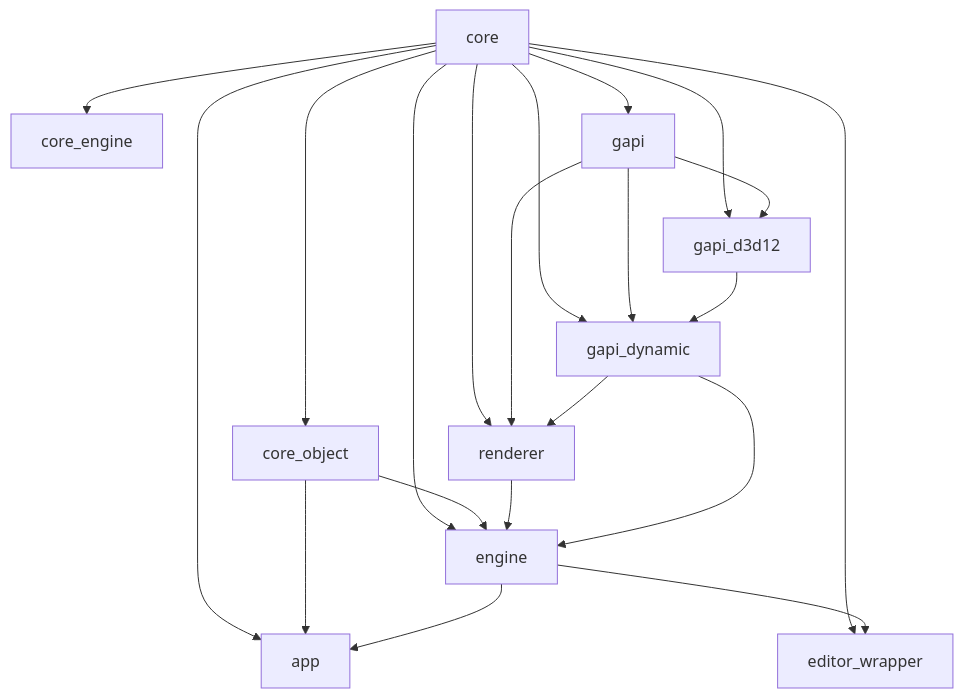
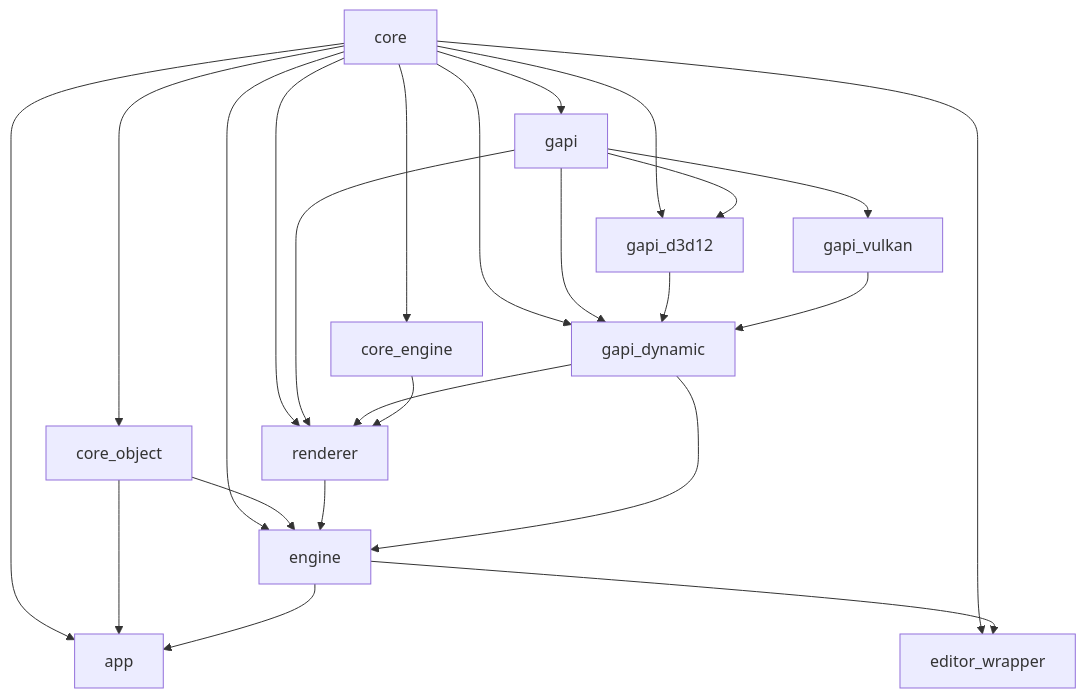
One commit to hellokenlee/NeneEngine2 changed the diagram in README.md. Above: the diagram before and after it, drawn with Mermaid. The commit also changed 9 other files, not shown here.

````diff
--- a/README.md
+++ b/README.md
@@ -90,23 +90,26 @@
 ```mermaid
 graph TD
   core --> app
   core_object --> app
   engine --> app
   core --> core_engine
   core --> core_object
   core --> editor_wrapper
   engine --> editor_wrapper
   core --> engine
   core_object --> engine
   renderer --> engine
   gapi_dynamic --> engine
   core --> gapi
   core --> gapi_d3d12
   gapi --> gapi_d3d12
   core --> gapi_dynamic
   gapi --> gapi_dynamic
   gapi_d3d12 --> gapi_dynamic
+  gapi_vulkan --> gapi_dynamic
+  gapi --> gapi_vulkan
   core --> renderer
   gapi --> renderer
   gapi_dynamic --> renderer
+  core_engine --> renderer
 ```
````
